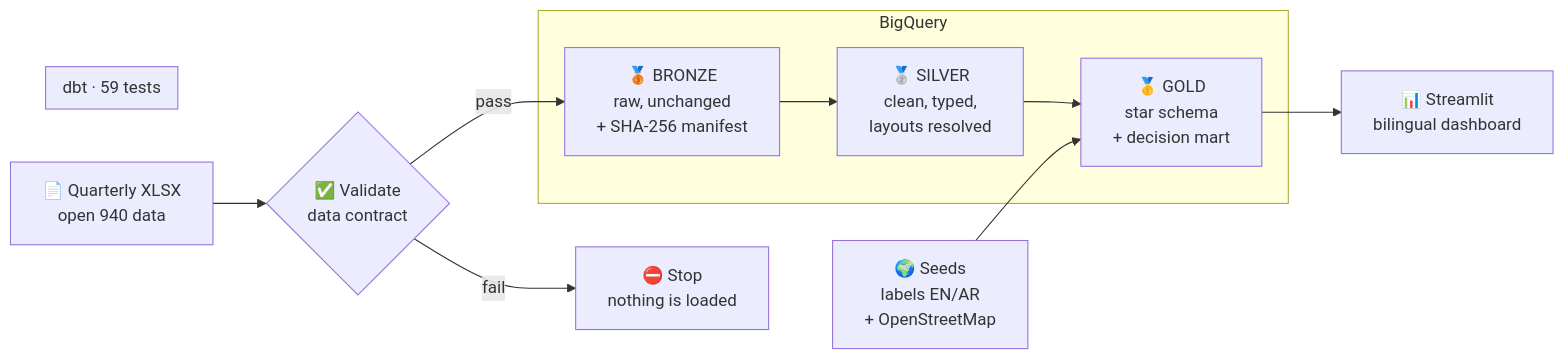
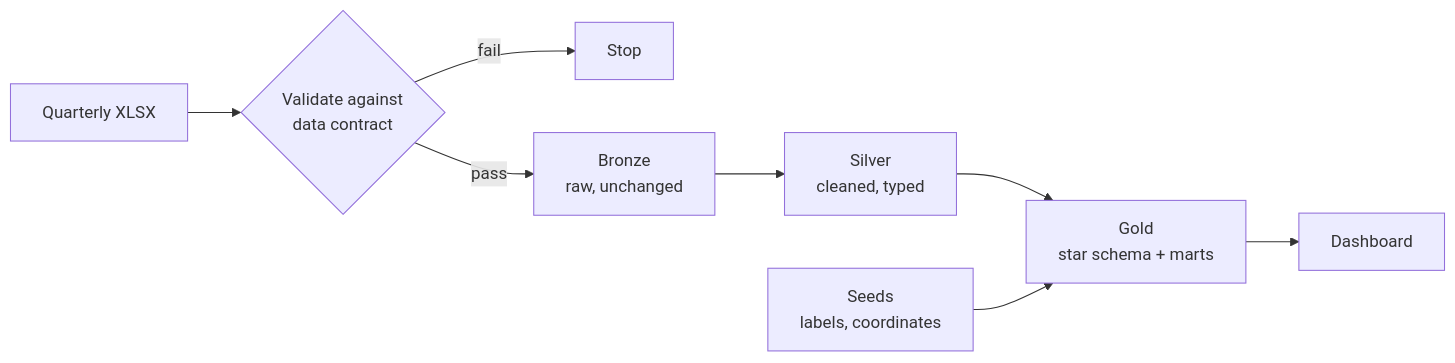
Before and after one commit to samaalharbi2/HAYY: the first of 2 diagrams in README.md, drawn with Mermaid. The commit also changed other lines of this file, not shown here.

````diff
--- a/README.md
+++ b/README.md
@@ -65,20 +25,10 @@
 ```mermaid
 flowchart LR
-    A["📄 Quarterly XLSX<br/>open 940 data"] --> B{"✅ Validate<br/>data contract"}
-    B -- fail --> X["⛔ Stop<br/>nothing is loaded"]
-    B -- pass --> C["🥉 BRONZE<br/>raw, unchanged<br/>+ SHA-256 manifest"]
-    C --> D["🥈 SILVER<br/>clean, typed,<br/>layouts resolved"]
-    D --> E["🥇 GOLD<br/>star schema<br/>+ decision mart"]
-    S["🌍 Seeds<br/>labels EN/AR<br/>+ OpenStreetMap"] --> E
-    E --> F["📊 Streamlit<br/>bilingual dashboard"]
-
-    subgraph BQ ["BigQuery"]
-        C
-        D
-        E
-    end
-    subgraph DBT ["dbt · 59 tests"]
-        D
-        E
-    end
+    A[Quarterly XLSX] --> B{Validate against<br/>data contract}
+    B -- fail --> X[Stop]
+    B -- pass --> C[Bronze<br/>raw, unchanged]
+    C --> D[Silver<br/>cleaned, typed]
+    D --> E[Gold<br/>star schema + marts]
+    S[Seeds<br/>labels, coordinates] --> E
+    E --> F[Dashboard]
 ```
````
